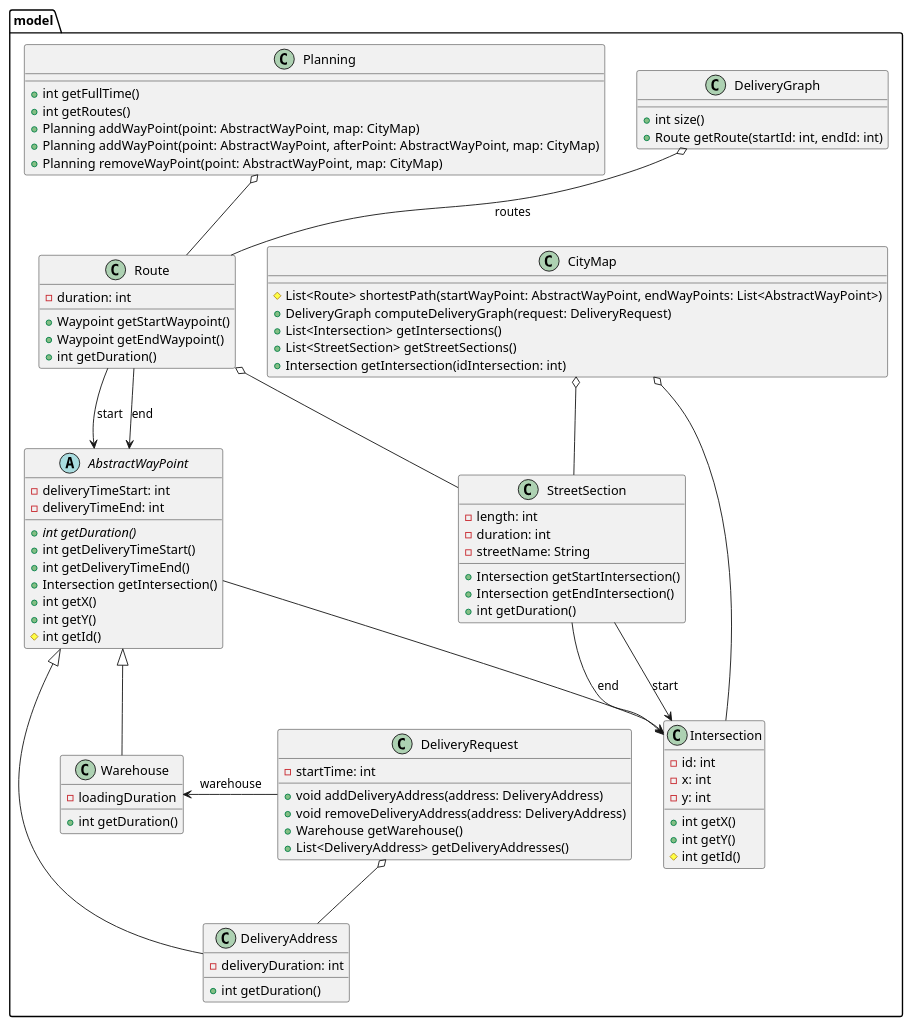
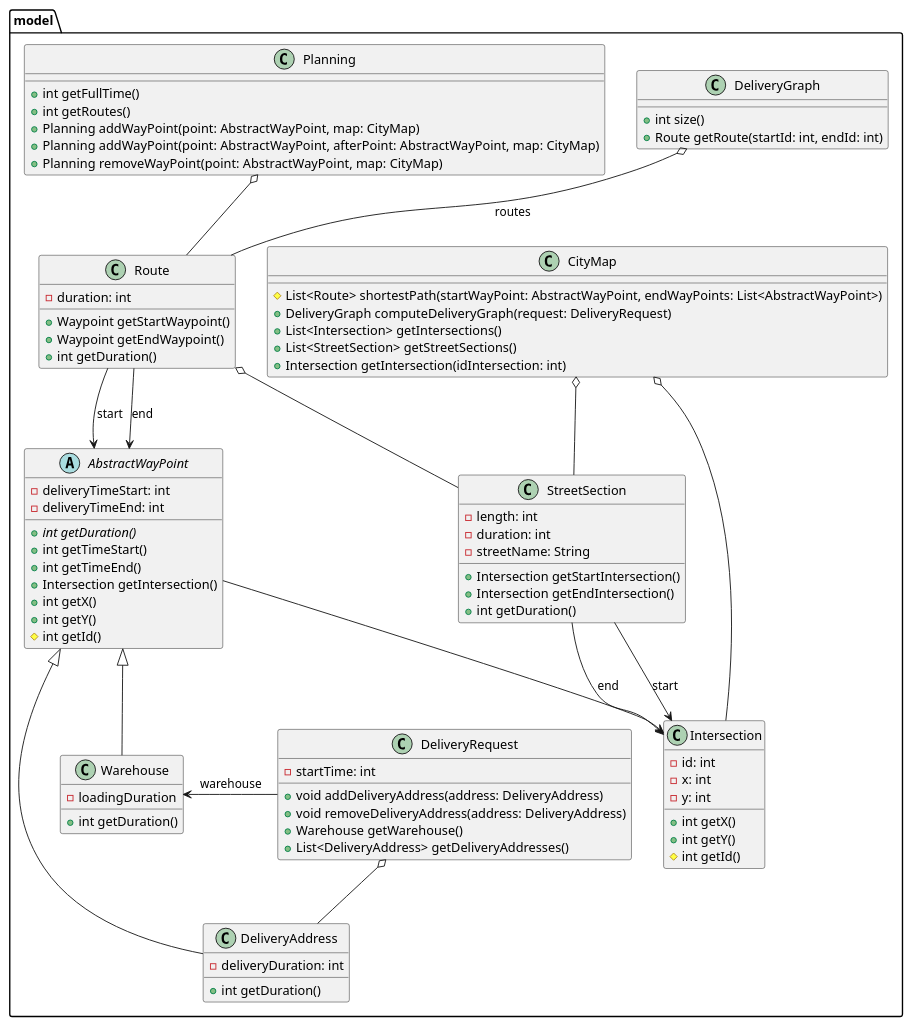
Before and after one commit to if-h4102/pld-agile: the diagram in docs/uml/package.model.puml, drawn with PlantUML.

Commit message:
Fixed typo in model

```diff
--- a/docs/uml/package.model.puml
+++ b/docs/uml/package.model.puml
@@ -1,98 +1,98 @@
 @startuml
 
 package model {
     class CityMap {
        #List<Route> shortestPath(startWayPoint: AbstractWayPoint, endWayPoints: List<AbstractWayPoint>)
        +DeliveryGraph computeDeliveryGraph(request: DeliveryRequest)
        +List<Intersection> getIntersections()
        +List<StreetSection> getStreetSections()
        +Intersection getIntersection(idIntersection: int)
     }
 
     class DeliveryGraph {
         +int size()
         +Route getRoute(startId: int, endId: int)
     }
 
     class StreetSection {
         -length: int
         -duration: int
         -streetName: String
         +Intersection getStartIntersection()
         +Intersection getEndIntersection()
         +int getDuration()
     }
 
     class Intersection {
         -id: int
         -x: int
         -y: int
         +int getX()
         +int getY()
         #int getId()
     }
 
     abstract class AbstractWayPoint {
     	-deliveryTimeStart: int
     	-deliveryTimeEnd: int
     	+{abstract} int getDuration()
-    	+int getDeliveryTimeStart()
-    	+int getDeliveryTimeEnd()
+    	+int getTimeStart()
+    	+int getTimeEnd()
     	+Intersection getIntersection()
     	+int getX()
     	+int getY()
     	#int getId()
     }
 
     class DeliveryAddress {
         -deliveryDuration: int
         +int getDuration()
     }
 
     class Warehouse {
         -loadingDuration
         +int getDuration()
     }
 
     class DeliveryRequest {
         -startTime: int
         +void addDeliveryAddress(address: DeliveryAddress)
         +void removeDeliveryAddress(address: DeliveryAddress)
         +Warehouse getWarehouse()
         +List<DeliveryAddress> getDeliveryAddresses()
     }
 
     class Planning {
         +int getFullTime()
         +int getRoutes()
         +Planning addWayPoint(point: AbstractWayPoint, map: CityMap)
         +Planning addWayPoint(point: AbstractWayPoint, afterPoint: AbstractWayPoint, map: CityMap)
         +Planning removeWayPoint(point: AbstractWayPoint, map: CityMap)
     }
 
     class Route {
         -duration: int
         +Waypoint getStartWaypoint()
         +Waypoint getEndWaypoint()
         +int getDuration()
     }
 
     CityMap o-- StreetSection
     CityMap o-- Intersection
     AbstractWayPoint --> Intersection
     StreetSection --> Intersection : end
     StreetSection --> Intersection : start
     Route o-- StreetSection
     Route --> AbstractWayPoint : end
     Route --> AbstractWayPoint : start
     AbstractWayPoint <|-- DeliveryAddress
     AbstractWayPoint <|-- Warehouse
     DeliveryRequest o-- DeliveryAddress
     DeliveryRequest -left-> Warehouse : warehouse
     DeliveryGraph o-- Route : routes
     Planning o-- Route
 }
 
 
 
 @enduml
```
